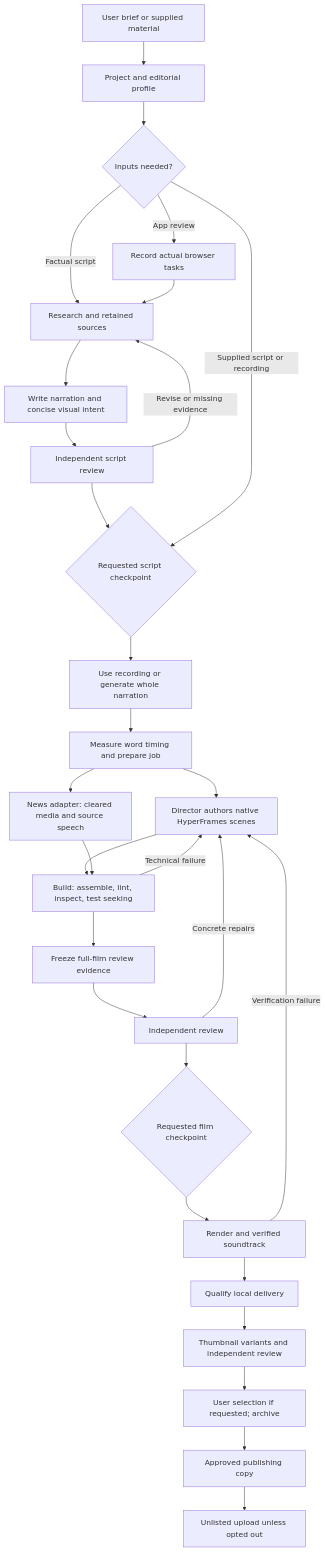
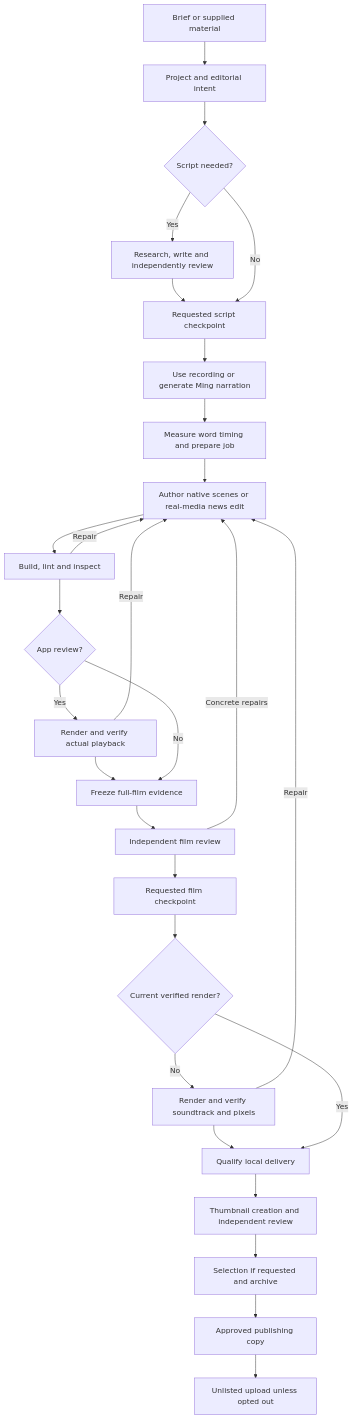
The diagram in docs/orchestrator.md (abdullahamin231/video-gen), drawn with Mermaid before and after one commit. The commit also changed 2 other files, not shown here.

Commit message:
Clarify harness pipeline flow and keep news visual treatment discretionary

````diff
--- a/docs/orchestrator.md
+++ b/docs/orchestrator.md
@@ -93,31 +93,30 @@
 ```mermaid
 flowchart TD
-    A[User brief or supplied material] --> B[Project and editorial profile]
-    B --> C{Inputs needed?}
-    C -->|Factual script| D[Research and retained sources]
-    C -->|App review| E[Record actual browser tasks]
-    E --> D
-    D --> F[Write narration and concise visual intent]
-    F --> G[Independent script review]
-    G -->|Revise or missing evidence| D
-    G --> H{Requested script checkpoint}
-    C -->|Supplied script or recording| H
-    H --> I[Use recording or generate whole narration]
-    I --> J[Measure word timing and prepare job]
-    J --> K[Director authors native HyperFrames scenes]
-    J --> N[News adapter: cleared media and source speech]
-    K --> L[Build: assemble, lint, inspect, test seeking]
-    N --> L
-    L -->|Technical failure| K
-    L --> M[Freeze full-film review evidence]
-    M --> O[Independent review]
-    O -->|Concrete repairs| K
-    O --> P{Requested film checkpoint}
-    P --> Q[Render and verified soundtrack]
-    Q -->|Verification failure| K
-    Q --> R[Qualify local delivery]
-    R --> S[Thumbnail variants and independent review]
-    S --> T[User selection if requested; archive]
-    T --> U[Approved publishing copy]
-    U --> V[Unlisted upload unless opted out]
+    A[Brief or supplied material] --> B[Project and editorial intent]
+    B --> C{Script needed?}
+    C -->|Yes| D[Research, write and independently review]
+    D --> E[Requested script checkpoint]
+    C -->|No| E
+    E --> F[Use recording or generate Ming narration]
+    F --> G[Measure word timing and prepare job]
+    G --> H[Author native scenes or real-media news edit]
+    H --> I[Build, lint and inspect]
+    I -->|Repair| H
+    I --> J{App review?}
+    J -->|Yes| K[Render and verify actual playback]
+    K -->|Repair| H
+    K --> L[Freeze full-film evidence]
+    J -->|No| L
+    L --> M[Independent film review]
+    M -->|Concrete repairs| H
+    M --> N[Requested film checkpoint]
+    N --> O{Current verified render?}
+    O -->|No| P[Render and verify soundtrack and pixels]
+    P -->|Repair| H
+    P --> Q[Qualify local delivery]
+    O -->|Yes| Q
+    Q --> R[Thumbnail creation and independent review]
+    R --> S[Selection if requested and archive]
+    S --> T[Approved publishing copy]
+    T --> U[Unlisted upload unless opted out]
 ```
````
